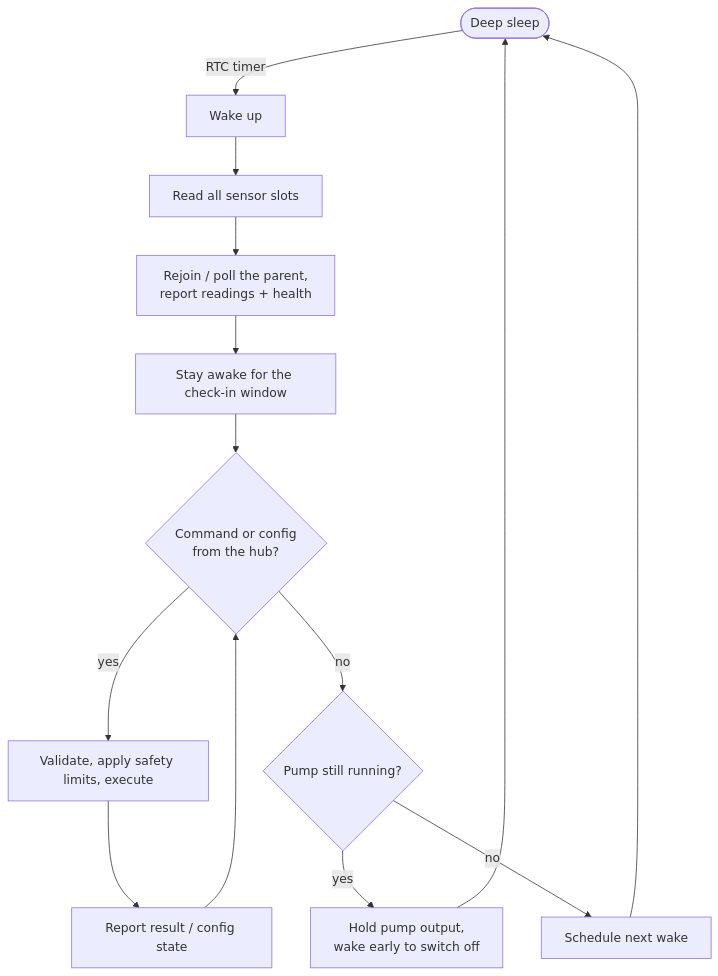
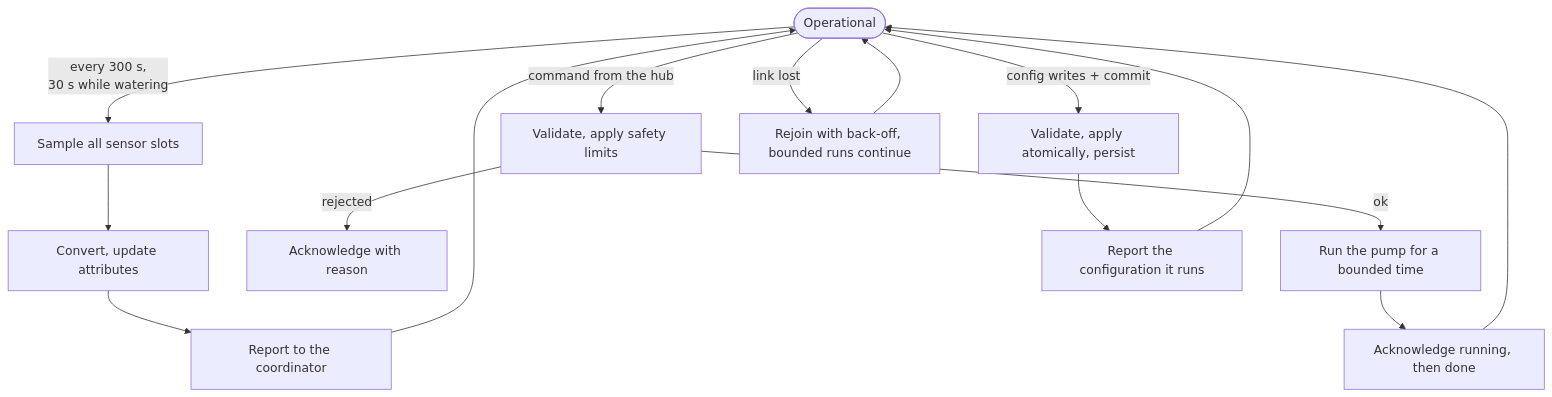
Before and after one commit to Hansom17/MoistureController: the fourth of 8 diagrams in PROJECT.md, drawn with Mermaid. The commit also changed other lines of this file and 6 other files, not shown here.

````diff
--- a/PROJECT.md
+++ b/PROJECT.md
@@ -226,16 +229,17 @@
 ```mermaid
 flowchart TD
-    A([Deep sleep]) -->|RTC timer| B[Wake up]
-    B --> C[Read all sensor slots]
-    C --> D[Rejoin / poll the parent,<br/>report readings + health]
-    D --> E[Stay awake for the check-in window]
-    E --> F{Command or config<br/>from the hub?}
-    F -->|yes| G[Validate, apply safety limits, execute]
-    G --> H[Report result / config state]
-    H --> F
-    F -->|no| I{Pump still running?}
-    I -->|yes| J[Hold pump output,<br/>wake early to switch off]
-    I -->|no| K[Schedule next wake]
+    A([Operational]) -->|every 300 s,<br/>30 s while watering| B[Sample all sensor slots]
+    B --> C[Convert, update attributes]
+    C --> D[Report to the coordinator]
+    D --> A
+    A -->|command from the hub| E[Validate, apply safety limits]
+    E -->|rejected| F[Acknowledge with reason]
+    E -->|ok| G[Run the pump for a bounded time]
+    G --> H[Acknowledge running, then done]
+    H --> A
+    A -->|config writes + commit| I[Validate, apply atomically, persist]
+    I --> J[Report the configuration it runs]
     J --> A
+    A -->|link lost| K[Rejoin with back-off, bounded runs continue]
     K --> A
 ```
````
